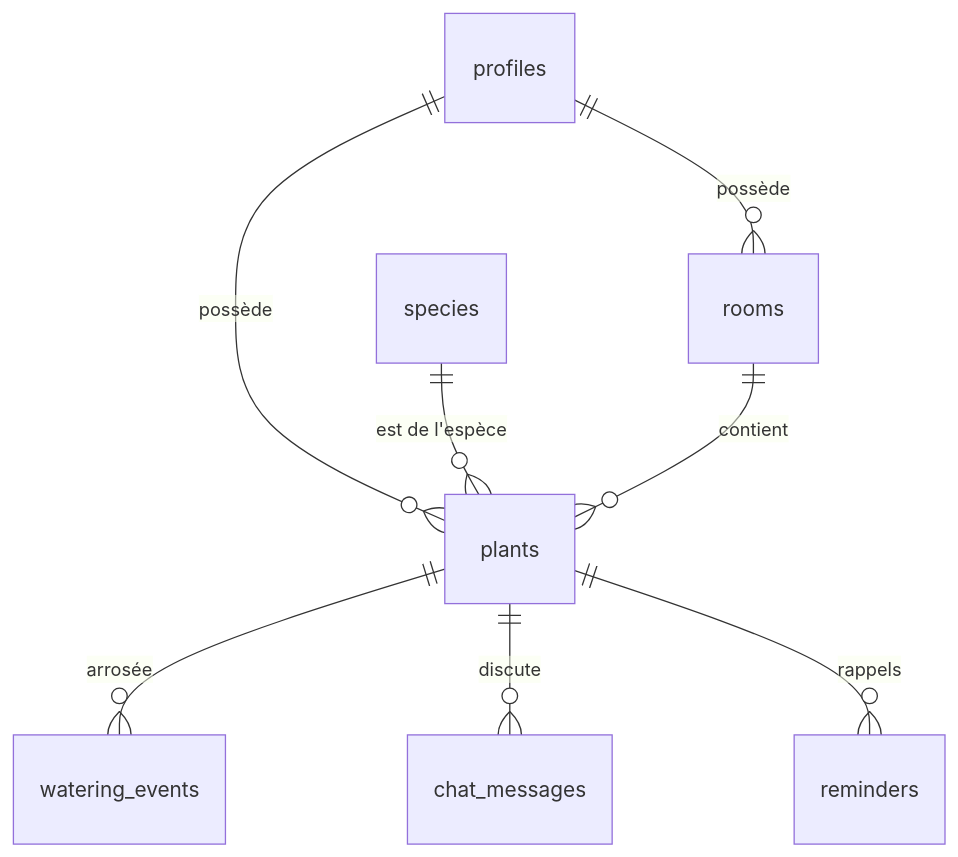
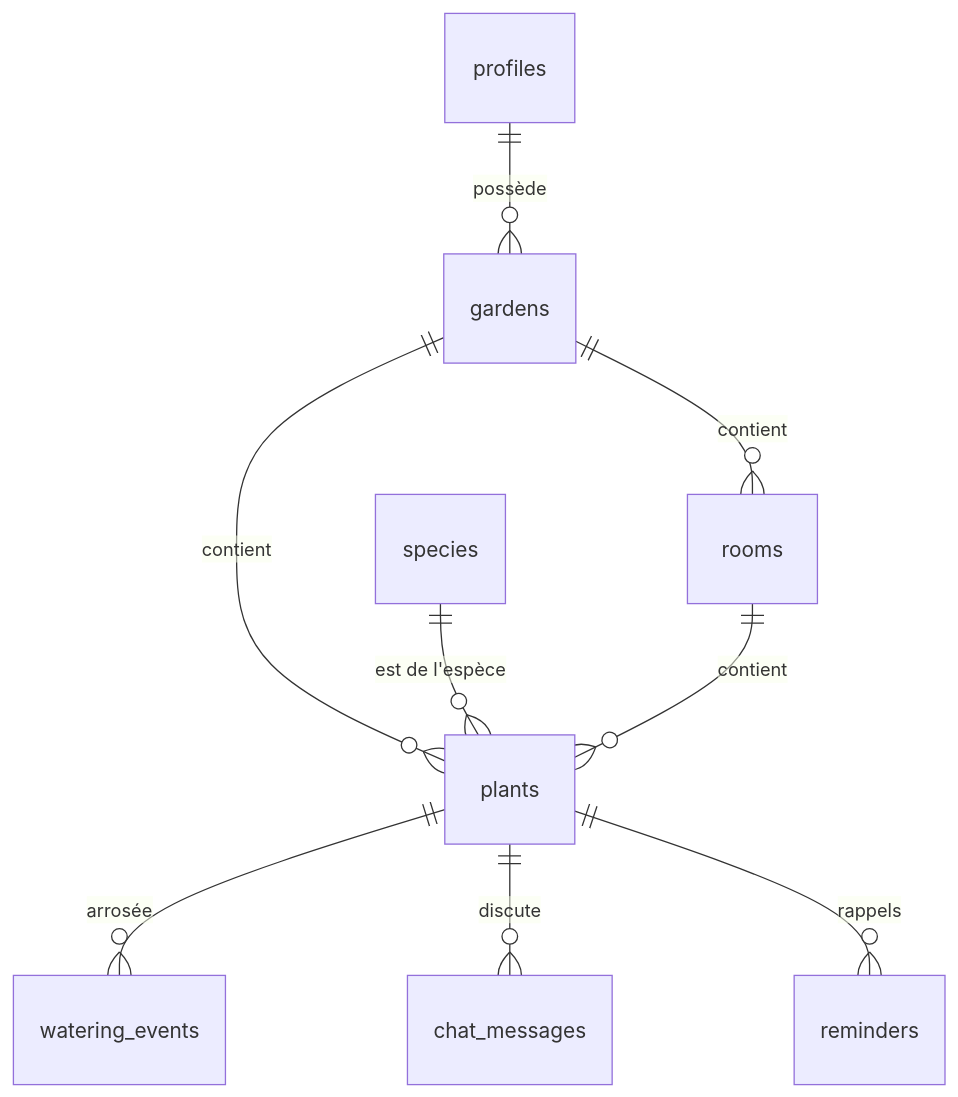
The diagram in docs/07-donnees-backend.md (DimKlen/Zeve), drawn with Mermaid before and after one commit. The commit also changed other lines of this file and 8 other files, not shown here.

````diff
--- a/docs/07-donnees-backend.md
+++ b/docs/07-donnees-backend.md
@@ -9,10 +9,11 @@
 ```mermaid
 erDiagram
-  profiles ||--o{ rooms : possède
-  profiles ||--o{ plants : possède
+  profiles ||--o{ gardens : possède
+  gardens ||--o{ rooms : contient
+  gardens ||--o{ plants : contient
   species ||--o{ plants : "est de l'espèce"
   rooms ||--o{ plants : contient
   plants ||--o{ watering_events : "arrosée"
   plants ||--o{ chat_messages : "discute"
   plants ||--o{ reminders : "rappels"
 ```
````
